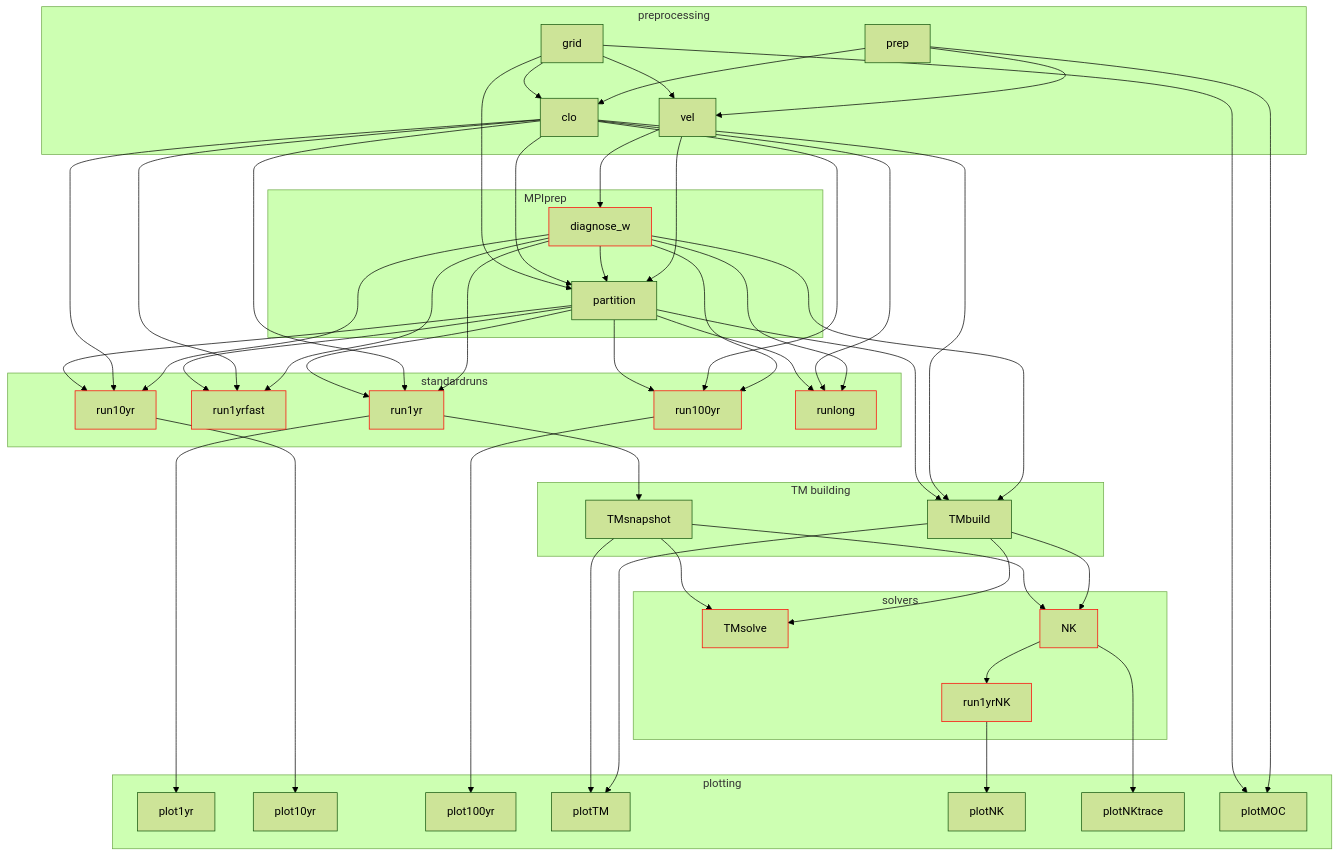
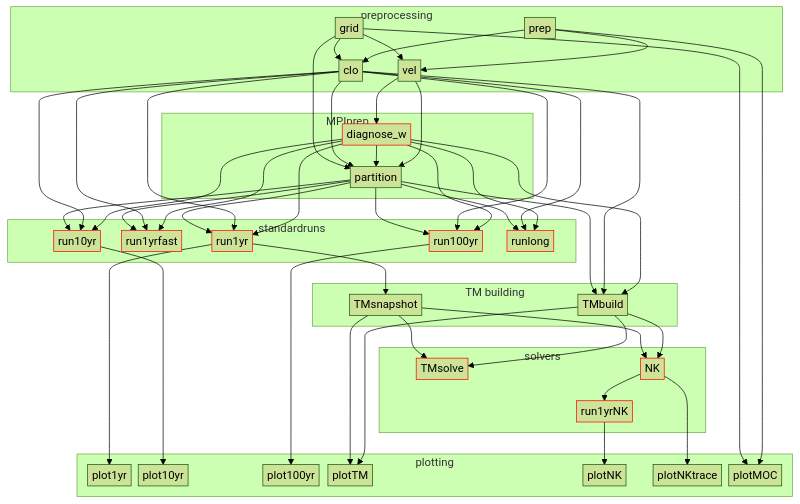
The diagram in README.md (TMIP-code/ACCESS-OM2_x_Oceananigans), drawn with Mermaid (forest theme) before and after one commit.

Commit message:
prettify DAG

````diff
--- a/README.md
+++ b/README.md
@@ -26,39 +26,42 @@
 ```mermaid
 ---
 config:
   flowchart:
     curve: basis
+    padding: 3
+    nodeSpacing: 10
+    rankSpacing: 30
 ---
 graph TD
     classDef gpu stroke:#f00;
     subgraph preprocessing
         prep & grid & vel & clo
     end
     subgraph MPIprep
         diagnose_w:::gpu & partition
     end
     subgraph standardruns
         run1yr:::gpu & run1yrfast:::gpu & run10yr:::gpu & run100yr:::gpu & runlong:::gpu
     end
     subgraph TM building
         TMbuild & TMsnapshot
     end
     subgraph solvers
         TMsolve:::gpu & NK:::gpu & run1yrNK:::gpu
     end
     subgraph plotting
         plot1yr & plot10yr & plot100yr & plotTM & plotNK & plotNKtrace & plotMOC
     end
     prep & grid --> vel & clo
     vel --> diagnose_w
     vel & diagnose_w & clo & grid --> partition
     diagnose_w & clo --> run1yr & run1yrfast & run10yr & run100yr & runlong & TMbuild
     partition --> run1yr & run1yrfast & run10yr & run100yr & runlong & TMbuild
     run1yr --> TMsnapshot & plot1yr
     run10yr --> plot10yr
     run100yr --> plot100yr
     TMbuild & TMsnapshot --> TMsolve & NK & plotTM
     NK --> run1yrNK & plotNKtrace
     run1yrNK --> plotNK
     prep & grid --> plotMOC
 ```
````
